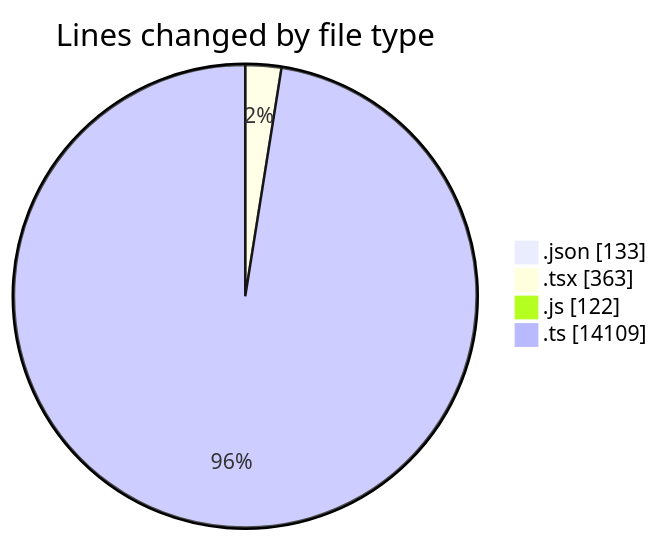
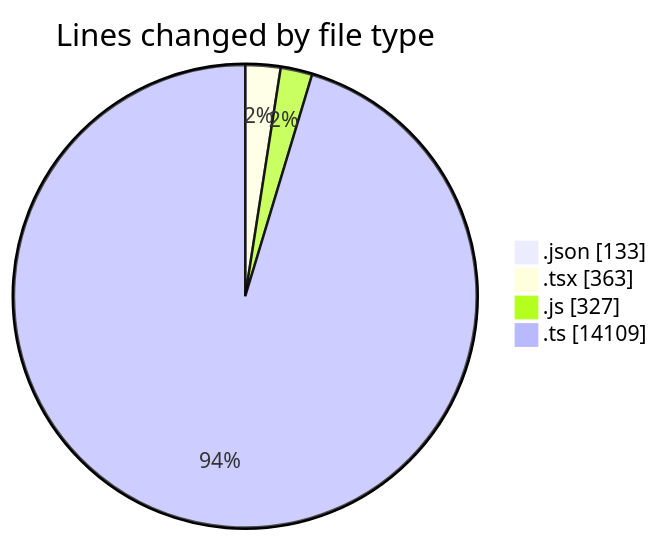
Before and after one commit to momahboobian/code-tracking: the first of 2 diagrams in 2026-01-14/cda/README.md, drawn with Mermaid. The commit also changed other lines of this file and 1 other file, not shown here.

````diff
--- a/2026-01-14/cda/README.md
+++ b/2026-01-14/cda/README.md
@@ -28,8 +29,8 @@
 ```mermaid
 pie showData
 title Lines changed by file type
 ".json" : 133
 ".tsx" : 363
-".js" : 122
+".js" : 327
 ".ts" : 14109
 ```
````
